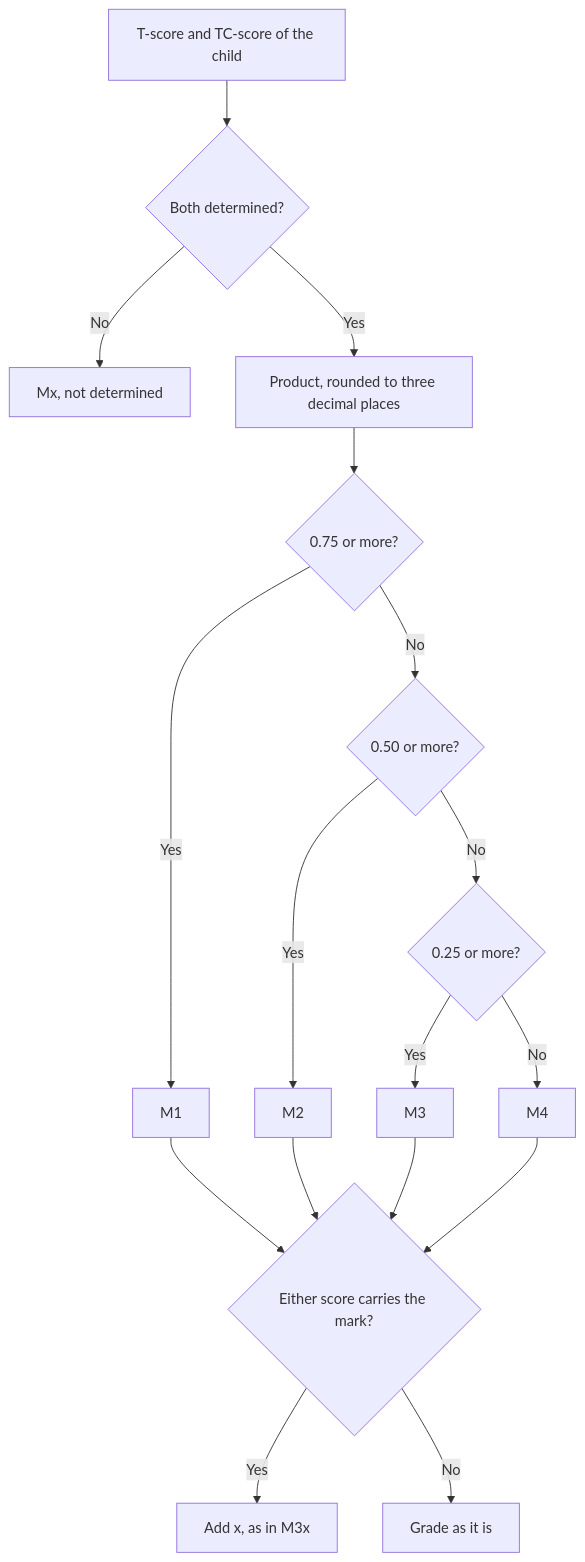
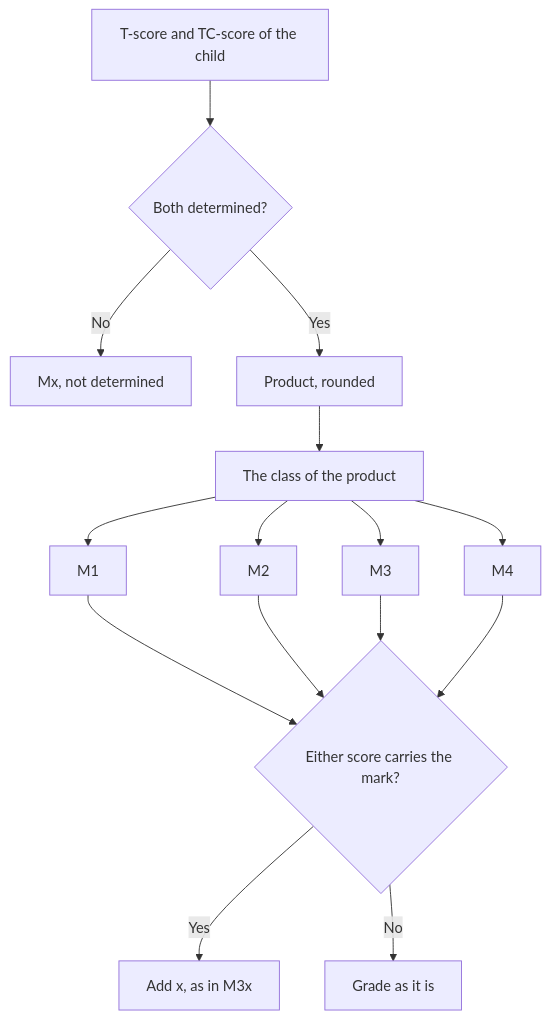
One commit to ihfc-iugg/ghfdb changed the diagram in docs/reference/quality-scheme/m-score.md. Above: the diagram before and after it, drawn with Mermaid. The commit also changed other lines of this file and 83 other files, not shown here.

````diff
--- a/docs/reference/quality-scheme/m-score.md
+++ b/docs/reference/quality-scheme/m-score.md
@@ -34,19 +37,17 @@
 ```{mermaid}
 flowchart TD
     scores["T-score and TC-score of the child"] --> determined{"Both determined?"}
     determined -->|"No"| mx["Mx, not determined"]
-    determined -->|"Yes"| product["Product, rounded to three decimal places"]
-    product --> m1{"0.75 or more?"}
-    m1 -->|"Yes"| g1["M1"]
-    m1 -->|"No"| m2{"0.50 or more?"}
-    m2 -->|"Yes"| g2["M2"]
-    m2 -->|"No"| m3{"0.25 or more?"}
-    m3 -->|"Yes"| g3["M3"]
-    m3 -->|"No"| g4["M4"]
+    determined -->|"Yes"| product["Product, rounded"]
+    product --> classes["The class of the product"]
+    classes --> g1["M1"]
+    classes --> g2["M2"]
+    classes --> g3["M3"]
+    classes --> g4["M4"]
     g1 --> marked{"Either score carries the mark?"}
     g2 --> marked
     g3 --> marked
     g4 --> marked
     marked -->|"Yes"| x["Add x, as in M3x"]
     marked -->|"No"| plain["Grade as it is"]
 ```
````
